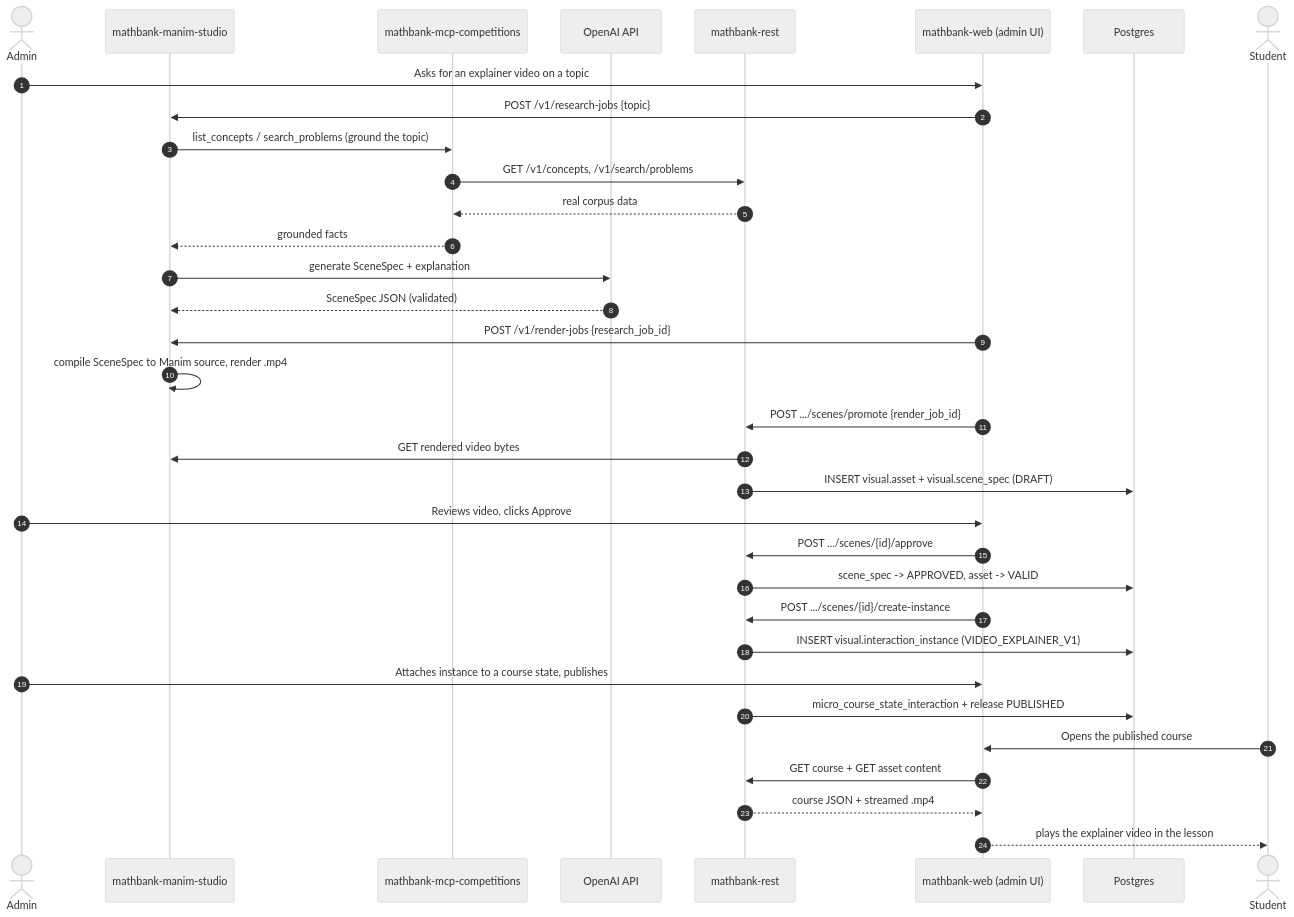
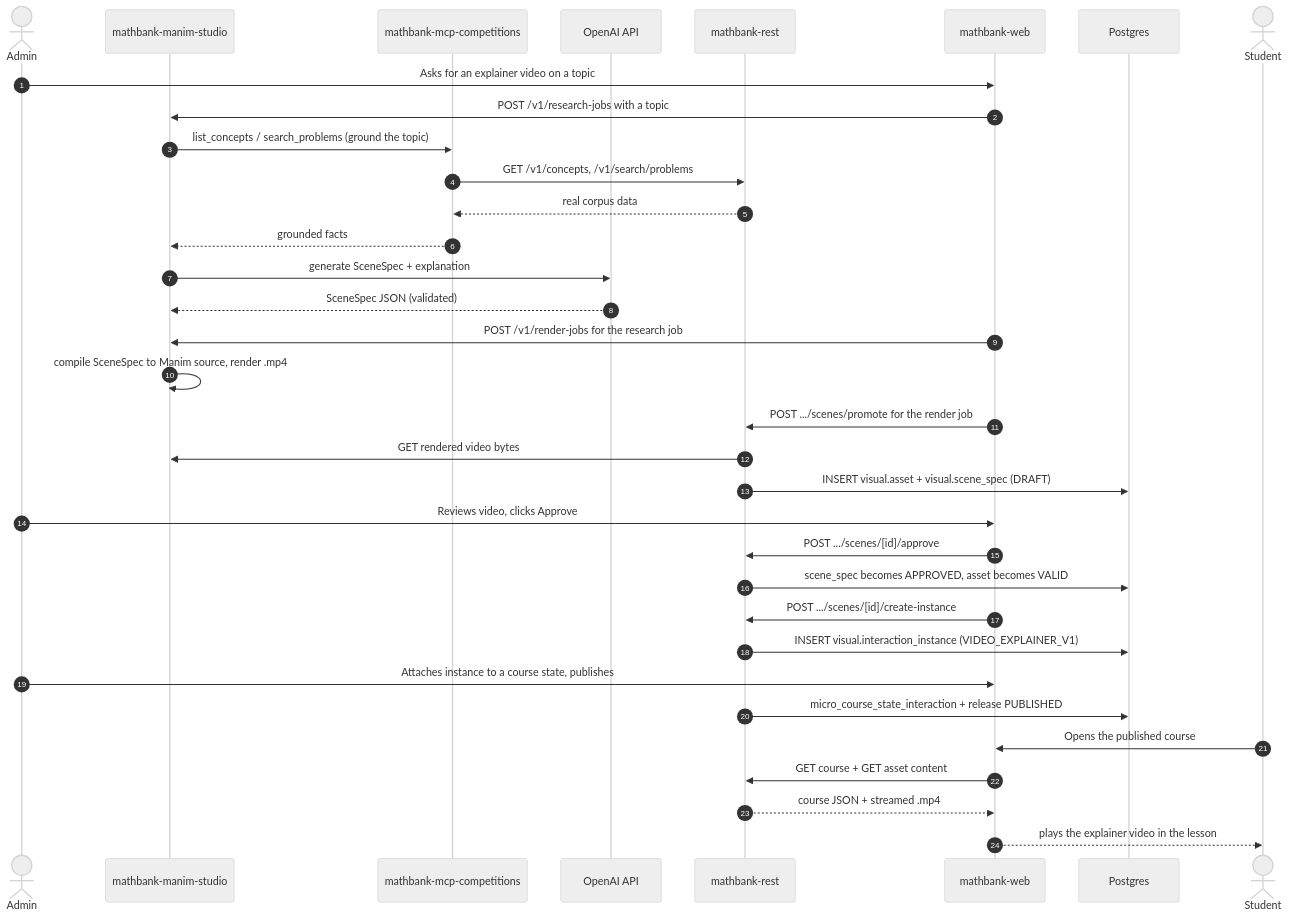
One commit to sutanuchaudhuri/knowledge-bank-ingestion changed the fifth of 11 diagrams in README.md. Above: the diagram before and after it, drawn with Mermaid (neutral theme). The commit also changed other lines of this file, not shown here.

````diff
--- a/README.md
+++ b/README.md
@@ -287,37 +287,37 @@
 ```mermaid
 sequenceDiagram
     autonumber
     actor Admin
     participant MS as mathbank-manim-studio
     participant MCP as mathbank-mcp-competitions
     participant AI as OpenAI API
     participant RE as mathbank-rest
-    participant WEB as mathbank-web (admin UI)
+    participant WEB as mathbank-web
     participant PG as Postgres
     actor Stu as Student
 
     Admin->>WEB: Asks for an explainer video on a topic
-    WEB->>MS: POST /v1/research-jobs {topic}
+    WEB->>MS: POST /v1/research-jobs with a topic
     MS->>MCP: list_concepts / search_problems (ground the topic)
     MCP->>RE: GET /v1/concepts, /v1/search/problems
     RE-->>MCP: real corpus data
     MCP-->>MS: grounded facts
     MS->>AI: generate SceneSpec + explanation
     AI-->>MS: SceneSpec JSON (validated)
-    WEB->>MS: POST /v1/render-jobs {research_job_id}
+    WEB->>MS: POST /v1/render-jobs for the research job
     MS->>MS: compile SceneSpec to Manim source, render .mp4
-    WEB->>RE: POST .../scenes/promote {render_job_id}
+    WEB->>RE: POST .../scenes/promote for the render job
     RE->>MS: GET rendered video bytes
     RE->>PG: INSERT visual.asset + visual.scene_spec (DRAFT)
     Admin->>WEB: Reviews video, clicks Approve
-    WEB->>RE: POST .../scenes/{id}/approve
-    RE->>PG: scene_spec -> APPROVED, asset -> VALID
-    WEB->>RE: POST .../scenes/{id}/create-instance
+    WEB->>RE: POST .../scenes/[id]/approve
+    RE->>PG: scene_spec becomes APPROVED, asset becomes VALID
+    WEB->>RE: POST .../scenes/[id]/create-instance
     RE->>PG: INSERT visual.interaction_instance (VIDEO_EXPLAINER_V1)
     Admin->>WEB: Attaches instance to a course state, publishes
     RE->>PG: micro_course_state_interaction + release PUBLISHED
     Stu->>WEB: Opens the published course
     WEB->>RE: GET course + GET asset content
     RE-->>WEB: course JSON + streamed .mp4
     WEB-->>Stu: plays the explainer video in the lesson
 ```
````
